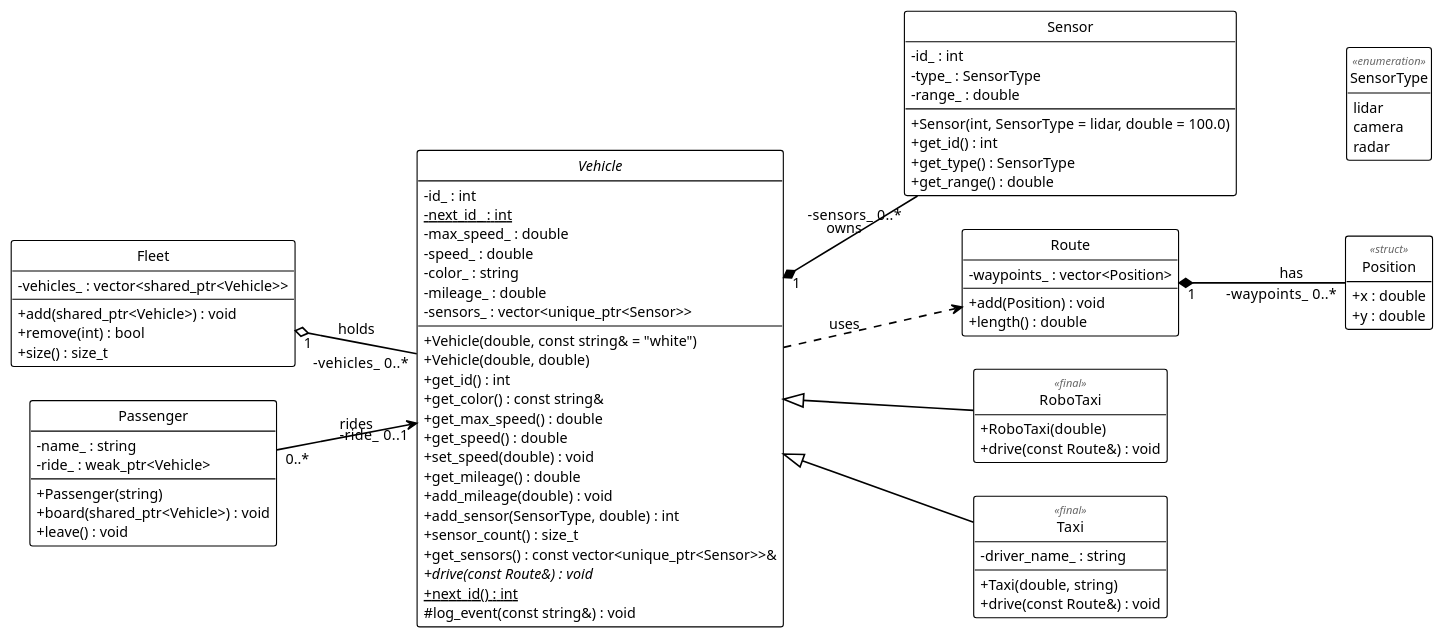
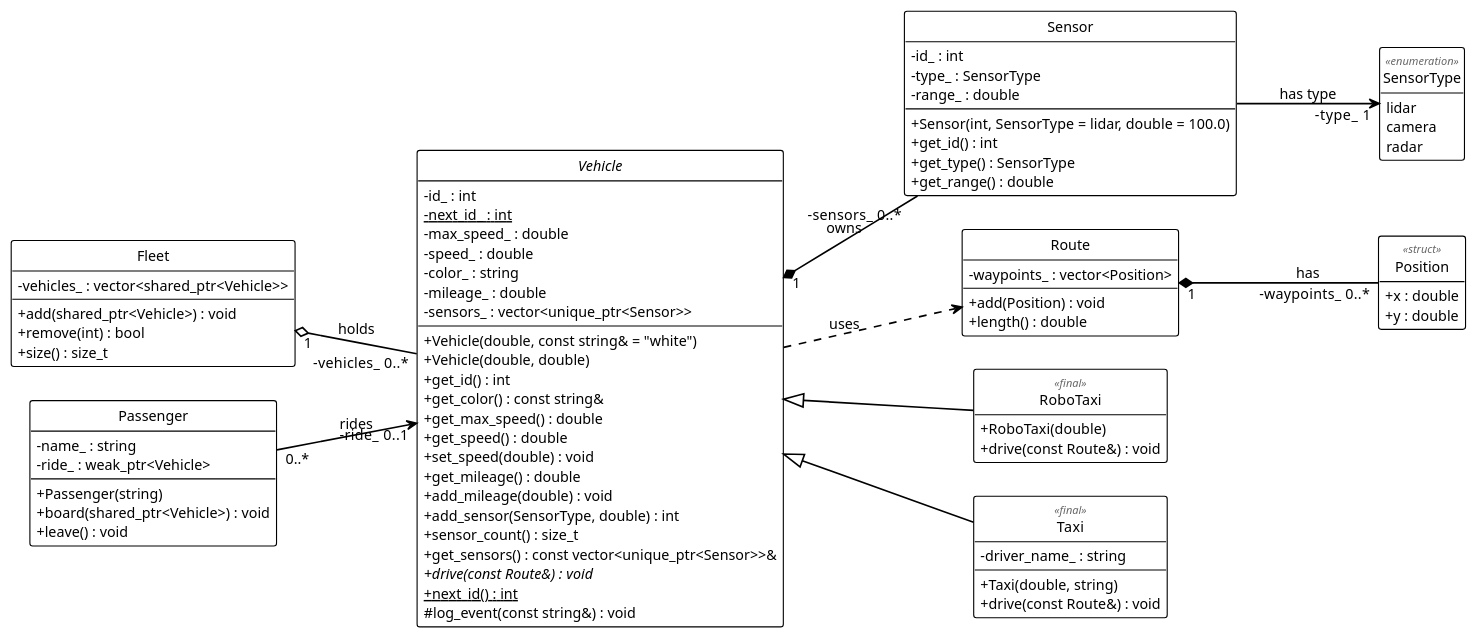
One commit to zeidk/enpm702-fall-2026-cpp changed the diagram in project/week9/uml/model_full_members.plantuml. Above: the diagram before and after it, drawn with PlantUML. The commit also changed 7 other files, not shown here.

Commit message:
week9: UML copies join Sensor to SensorType with an association

```diff
--- a/project/week9/uml/model_full_members.plantuml
+++ b/project/week9/uml/model_full_members.plantuml
@@ -1,96 +1,96 @@
 @startuml model_full_members
 ' Generated for the slides.
 !theme mono
 skinparam backgroundColor white
 skinparam defaultFontName "Fira Sans"
 skinparam defaultFontSize 13
 skinparam shadowing false
 skinparam classAttributeIconSize 0
 skinparam nodesep 30
 skinparam ranksep 75
 skinparam ArrowThickness 1.5
 hide circle
 hide empty members
 
 
 left to right direction
 
 class Fleet {
   - vehicles_ : vector<shared_ptr<Vehicle>>
   + add(shared_ptr<Vehicle>) : void
   + remove(int) : bool
   + size() : size_t
 }
 class Passenger {
   - name_ : string
   - ride_ : weak_ptr<Vehicle>
   + Passenger(string)
   + board(shared_ptr<Vehicle>) : void
   + leave() : void
 }
 abstract class Vehicle {
   - id_ : int
   - {static} next_id_ : int
   - max_speed_ : double
   - speed_ : double
   - color_ : string
   - mileage_ : double
   - sensors_ : vector<unique_ptr<Sensor>>
   + Vehicle(double, const string& = "white")
   + Vehicle(double, double)
   + get_id() : int
   + get_color() : const string&
   + get_max_speed() : double
   + get_speed() : double
   + set_speed(double) : void
   + get_mileage() : double
   + add_mileage(double) : void
   + add_sensor(SensorType, double) : int
   + sensor_count() : size_t
   + get_sensors() : const vector<unique_ptr<Sensor>>&
   + {abstract} drive(const Route&) : void
   + {static} next_id() : int
   # log_event(const string&) : void
 }
 class Sensor {
   - id_ : int
   - type_ : SensorType
   - range_ : double
   + Sensor(int, SensorType = lidar, double = 100.0)
   + get_id() : int
   + get_type() : SensorType
   + get_range() : double
 }
 enum SensorType <<enumeration>> {
   lidar
   camera
   radar
 }
 class Route {
   - waypoints_ : vector<Position>
   + add(Position) : void
   + length() : double
 }
 class Position <<struct>> {
   + x : double
   + y : double
 }
 class RoboTaxi <<final>> {
   + RoboTaxi(double)
   + drive(const Route&) : void
 }
 class Taxi <<final>> {
   - driver_name_ : string
   + Taxi(double, string)
   + drive(const Route&) : void
 }
 
 Fleet "1" o-- "-vehicles_  0..*" Vehicle : holds
 Passenger "0..*" --> "-ride_  0..1" Vehicle : rides
 Vehicle "1" *-- "-sensors_  0..*" Sensor : owns
 Vehicle ..> Route : uses
 Route "1" *-- "-waypoints_  0..*" Position : has
-Sensor -[hidden]-> SensorType
+Sensor --> "-type_  1" SensorType : has type
 Vehicle <|-- RoboTaxi
 Vehicle <|-- Taxi
 @enduml
```
